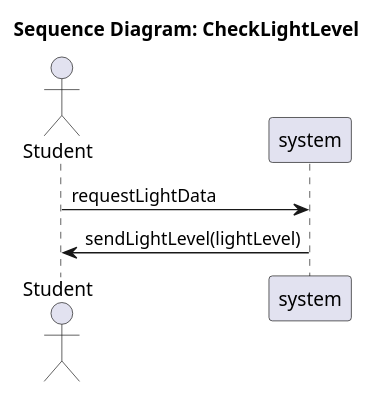
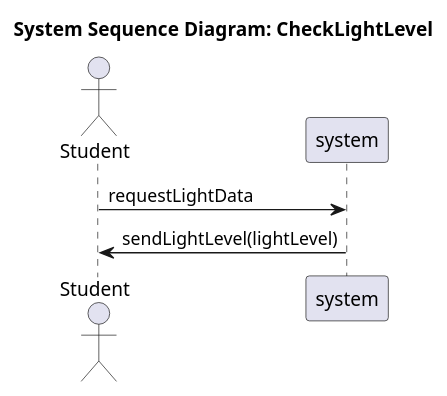
Before and after one commit to SEP4Real/SEP4: the diagram in Documentation/Analysis/ssds/StudyHelper_CheckLightLevel.ssd.puml, drawn with PlantUML. The commit also changed 26 other files, not shown here.

Commit message:
[Fix] Old diagram fixes

```diff
--- a/Documentation/Analysis/ssds/StudyHelper_CheckLightLevel.ssd.puml
+++ b/Documentation/Analysis/ssds/StudyHelper_CheckLightLevel.ssd.puml
@@ -1,8 +1,8 @@
 @startuml
-title Sequence Diagram: CheckLightLevel
+title System Sequence Diagram: CheckLightLevel
 actor "Student" as Actor
 participant "system" as System
 
 Actor -> System : requestLightData
 System -> Actor : sendLightLevel(lightLevel)
 @enduml
```
